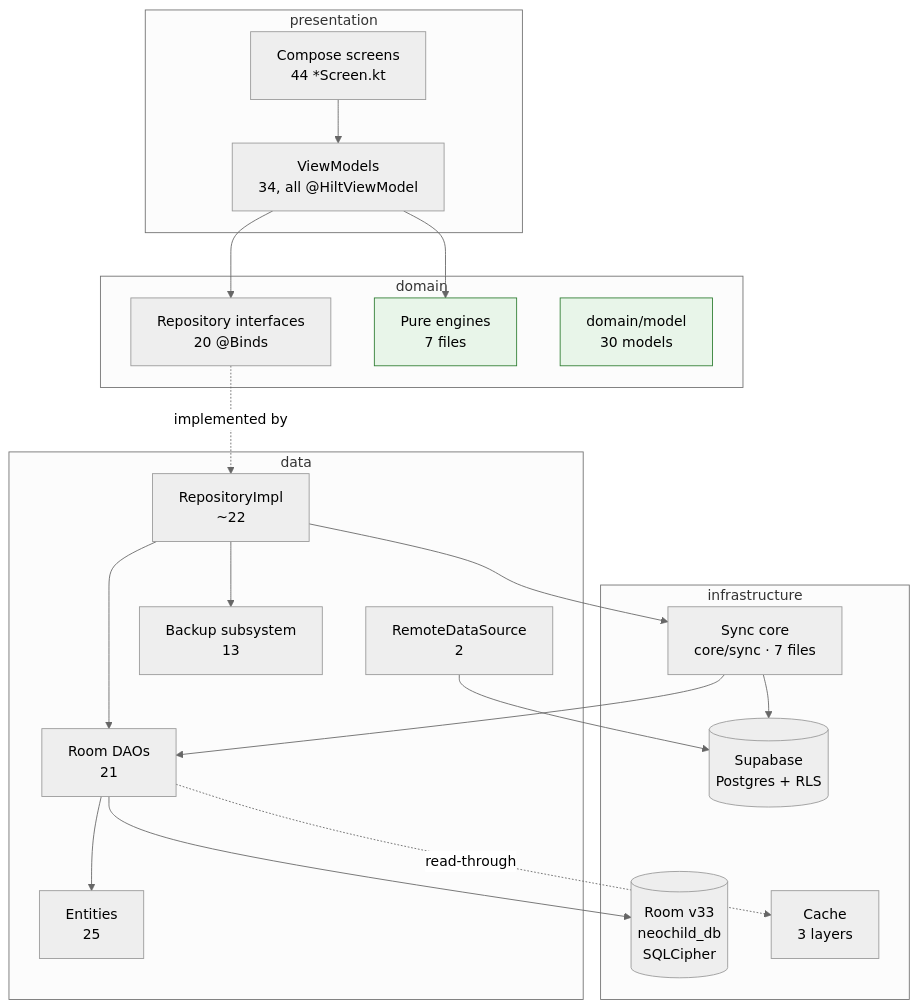
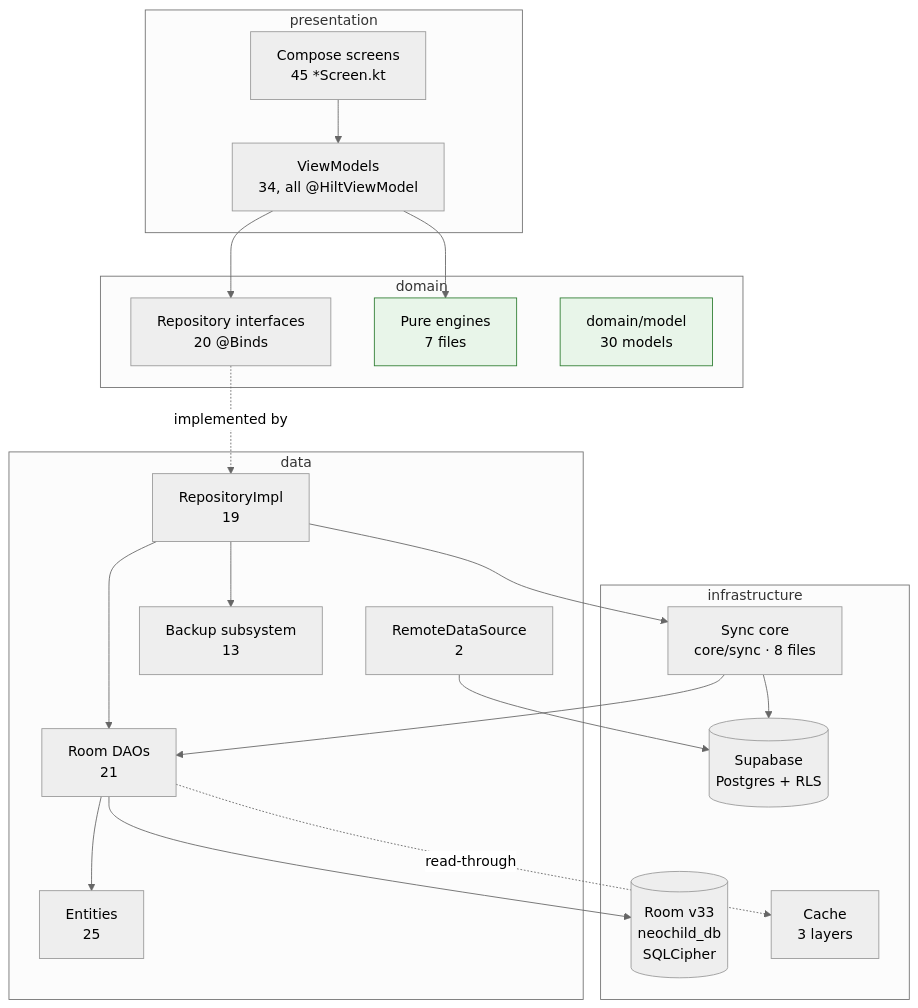
Before and after one commit to CyferBoy/Neo_Child_Clinic: the first of 3 diagrams in docs/Knowledge_Base/Architecture Map.md, drawn with Mermaid (neutral theme). The commit also changed other lines of this file and 86 other files, not shown here.

````diff
--- a/docs/Knowledge_Base/Architecture Map.md
+++ b/docs/Knowledge_Base/Architecture Map.md
@@ -22,42 +22,42 @@
 ```mermaid
 graph TB
     subgraph pres["presentation"]
-        SCR["Compose screens<br/>44 *Screen.kt"]
+        SCR["Compose screens<br/>45 *Screen.kt"]
         VM["ViewModels<br/>34, all @HiltViewModel"]
     end
     subgraph dom["domain"]
         REPOI["Repository interfaces<br/>20 @Binds"]
         ENG["Pure engines<br/>7 files"]
         MODEL["domain/model<br/>30 models"]
     end
     subgraph dat["data"]
-        REPO["RepositoryImpl<br/>~22"]
+        REPO["RepositoryImpl<br/>19"]
         DAO["Room DAOs<br/>21"]
         ENT["Entities<br/>25"]
         REM["RemoteDataSource<br/>2"]
         BAK["Backup subsystem<br/>13"]
     end
     subgraph infra["infrastructure"]
         DB[("Room v33<br/>neochild_db<br/>SQLCipher")]
         SB[("Supabase<br/>Postgres + RLS")]
-        SYNC["Sync core<br/>core/sync · 7 files"]
+        SYNC["Sync core<br/>core/sync · 8 files"]
         CACHE["Cache<br/>3 layers"]
     end
 
     SCR --> VM
     VM --> REPOI
     VM --> ENG
     REPOI -.implemented by.-> REPO
     REPO --> DAO
     REPO --> BAK
     DAO --> ENT
     DAO --> DB
     REM --> SB
     SYNC --> DAO
     SYNC --> SB
     REPO --> SYNC
     DAO -.read-through.-> CACHE
 
     classDef pure fill:#e8f5e9,stroke:#2e7d32
     class ENG,MODEL pure
 ```
````
